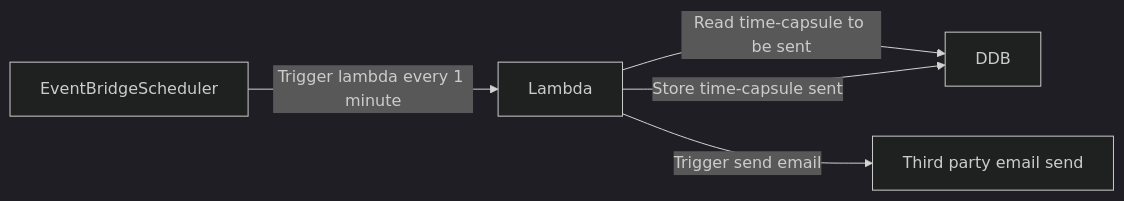
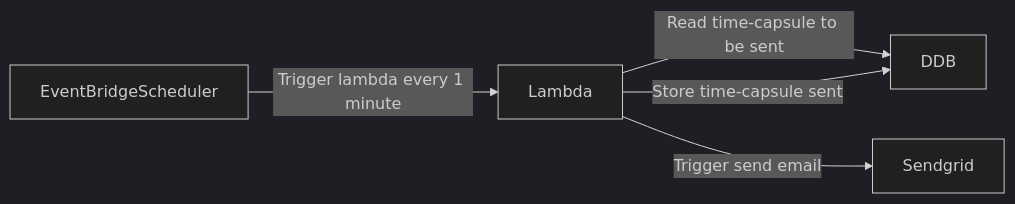
The second of 3 diagrams in docs/specifications.md (GautierBlandin/time-capsule), drawn with Mermaid (dark theme) before and after one commit. The commit also changed other lines of this file and 1 other file, not shown here.

Commit message:
docs: update manual steps and spec to include SendGrid

````diff
--- a/docs/specifications.md
+++ b/docs/specifications.md
@@ -32,7 +32,7 @@
 ```mermaid
 flowchart LR
     EventBridgeScheduler --Trigger lambda every 1 minute-->Lambda
     Lambda --Read time-capsule to be sent--> DDB
-    Lambda --Trigger send email--> ThirdParty[Third party email send]
+    Lambda --Trigger send email--> Sendgrid[Sendgrid]
     Lambda --Store time-capsule sent--> DDB
 ```
````
